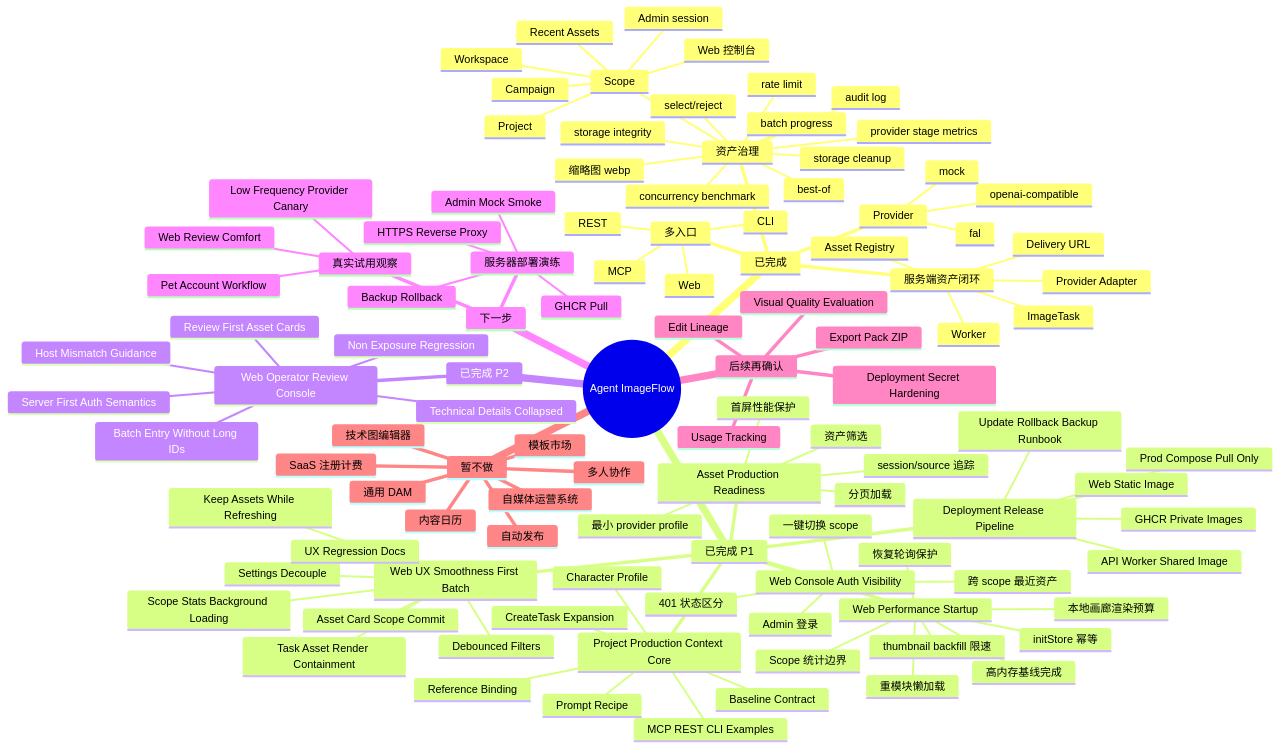
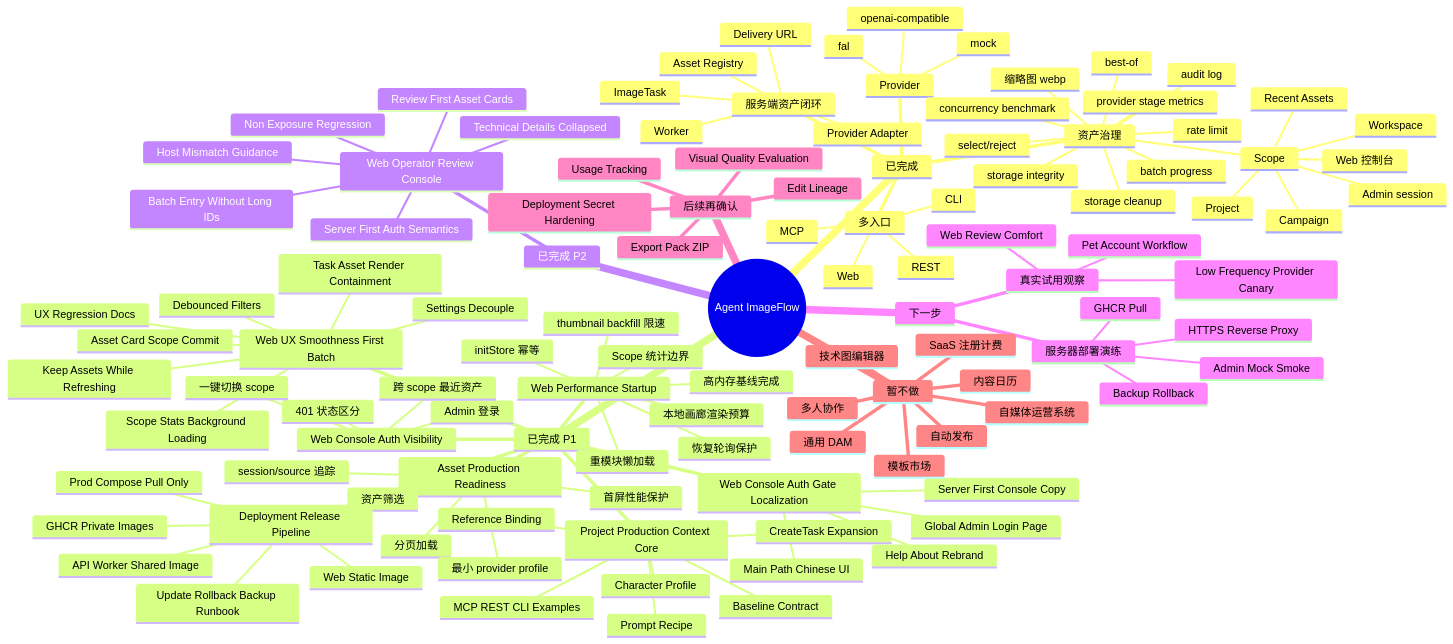
One commit to billionsheep/agent-imageflow changed the diagram in docs/project/PROJECT_STATUS_MAP.md. Above: the diagram before and after it, drawn with Mermaid. The commit also changed other lines of this file and 35 other files, not shown here.

```diff
--- a/docs/project/PROJECT_STATUS_MAP.md
+++ b/docs/project/PROJECT_STATUS_MAP.md
@@ -102,6 +104,11 @@
         Web Static Image
         Prod Compose Pull Only
         Update Rollback Backup Runbook
+      Web Console Auth Gate Localization
+        Global Admin Login Page
+        Server First Console Copy
+        Main Path Chinese UI
+        Help About Rebrand
     已完成 P2
       Web Operator Review Console
         Review First Asset Cards
```
